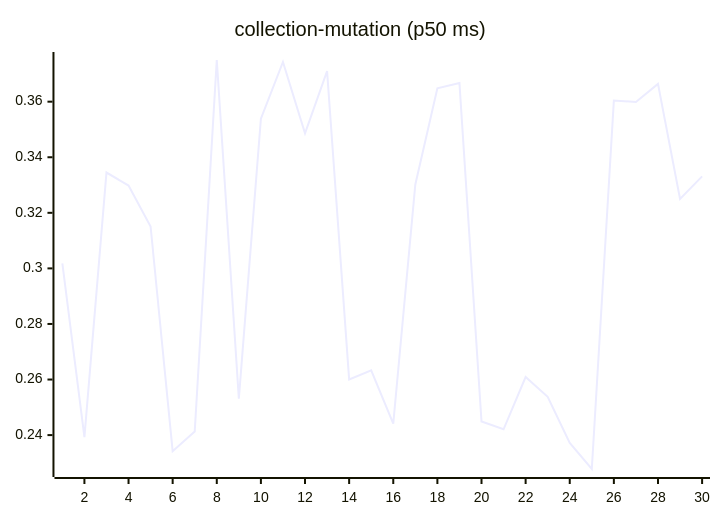
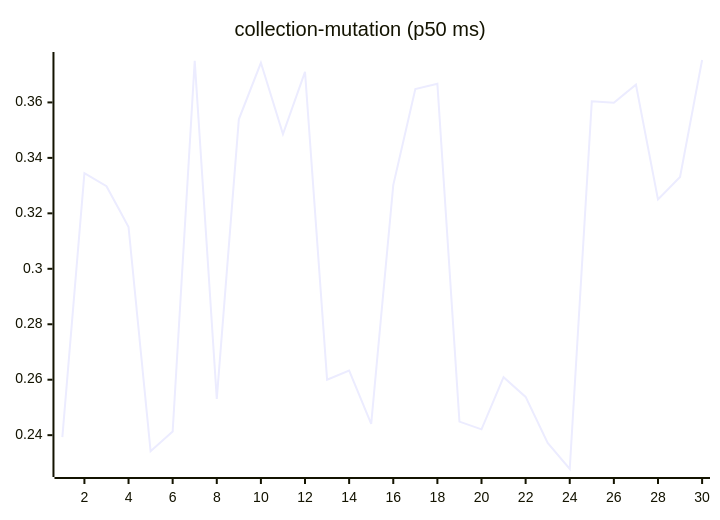
The sixth of 27 diagrams in README.md (josha/Facet), drawn with Mermaid before and after one commit. The commit also changed other lines of this file and 2 other files, not shown here.

````diff
--- a/README.md
+++ b/README.md
@@ -98,6 +98,6 @@
 ```mermaid
 xychart-beta
     title "collection-mutation (p50 ms)"
     x-axis 1 --> 30
-    line [0.3018, 0.2393, 0.3345, 0.3298, 0.3151, 0.2342, 0.2413, 0.3750, 0.2531, 0.3539, 0.3743, 0.3486, 0.3710, 0.2600, 0.2633, 0.2441, 0.3302, 0.3648, 0.3667, 0.2449, 0.2421, 0.2609, 0.2538, 0.2372, 0.2278, 0.3604, 0.3599, 0.3664, 0.3250, 0.3331]
+    line [0.2393, 0.3345, 0.3298, 0.3151, 0.2342, 0.2413, 0.3750, 0.2531, 0.3539, 0.3743, 0.3486, 0.3710, 0.2600, 0.2633, 0.2441, 0.3302, 0.3648, 0.3667, 0.2449, 0.2421, 0.2609, 0.2538, 0.2372, 0.2278, 0.3604, 0.3599, 0.3664, 0.3250, 0.3331, 0.3753]
 ```
````
